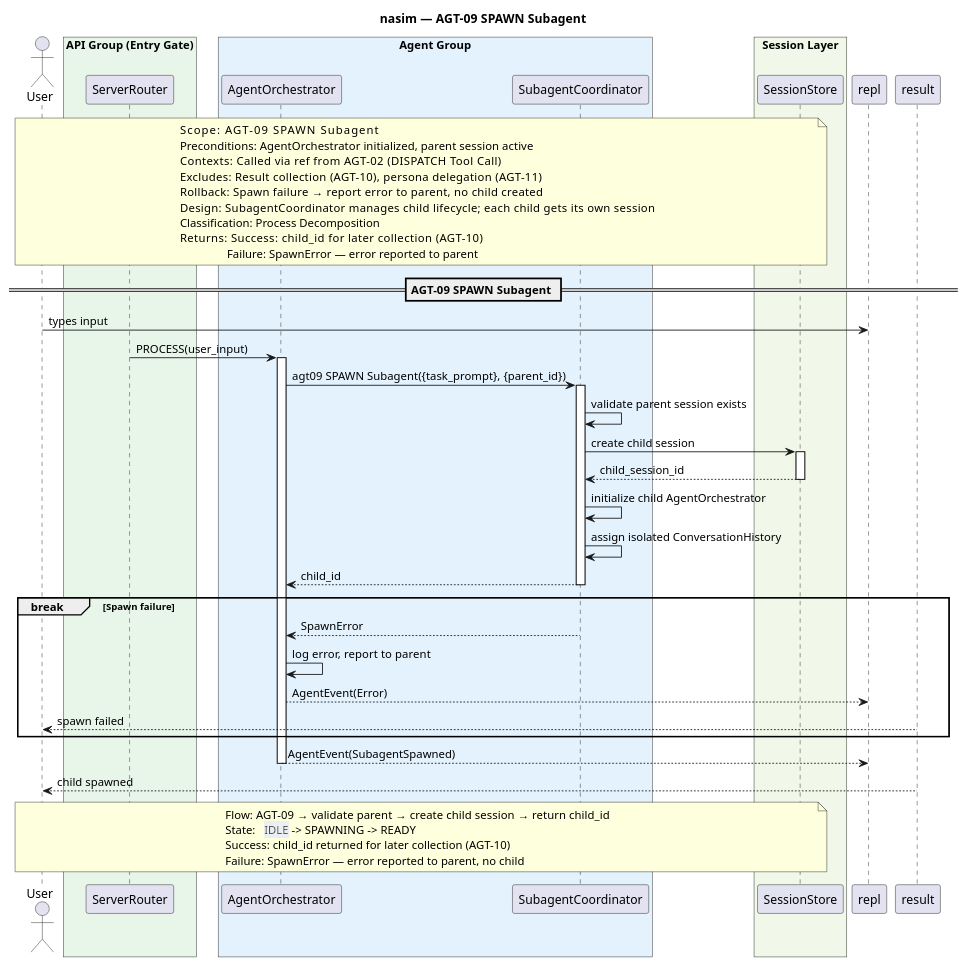
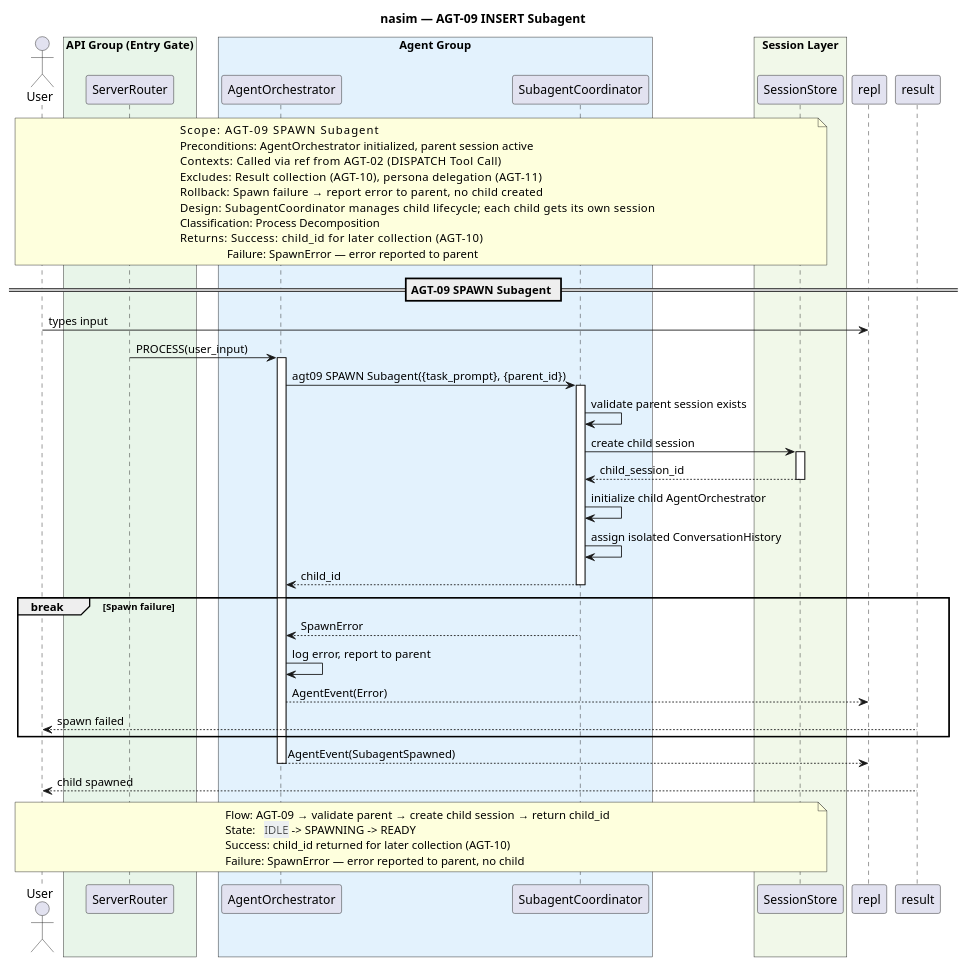
Before and after one commit to salimnamvar/nasim: the diagram in docs/SQ/AGT/sq_agt09_spawn_subagent.puml, drawn with PlantUML. The commit also changed 113 other files, not shown here.

First line of the commit message:
docs: Refactor sequence diagrams for improved clarity and structure

```diff
--- a/docs/SQ/AGT/sq_agt09_spawn_subagent.puml
+++ b/docs/SQ/AGT/sq_agt09_spawn_subagent.puml
@@ -1,77 +1,77 @@
 @startuml sq_agt09_spawn_subagent
 ' ============================================================
 ' Title:     AGT-09 — SPAWN Subagent
 ' Boundary:  nasim code agent
 ' Purpose:   Delegate work to a child agent process
 ' Milestone: v1.0
 ' Version:   8.0.0
 ' Source:    CAR refinement loop — API-First transformation
 ' Review:    docs/SQ/README.md
 ' ============================================================
 
-title nasim — AGT-09 SPAWN Subagent
+title nasim — AGT-09 INSERT Subagent
 
 actor "User" as user
 
 box "API Group (Entry Gate)" #E8F5E9
   participant "ServerRouter" as router
 end box
 box "Agent Group" #E3F2FD
   participant "AgentOrchestrator" as agent
   participant "SubagentCoordinator" as coord
 end box
 box "Session Layer" #F1F8E9
   participant "SessionStore" as store
 end box
 
 note over user, store
   Scope:          AGT-09 SPAWN Subagent
   Preconditions:  AgentOrchestrator initialized, parent session active
   Contexts:       Called via ref from AGT-02 (DISPATCH Tool Call)
   Excludes:       Result collection (AGT-10), persona delegation (AGT-11)
   Rollback:       Spawn failure → report error to parent, no child created
   Design:         SubagentCoordinator manages child lifecycle; each child gets its own session
   Classification: Process Decomposition
   Returns:        Success: child_id for later collection (AGT-10)
                   Failure: SpawnError — error reported to parent
 end note
 
 == AGT-09 SPAWN Subagent ==
 
 user -> repl : types input
 router -> agent : PROCESS(user_input)
 activate agent
 
 agent -> coord : agt09 SPAWN Subagent({task_prompt}, {parent_id})
 activate coord
 
 coord -> coord : validate parent session exists
 coord -> store : create child session
 activate store
 store --> coord : child_session_id
 deactivate store
 
 coord -> coord : initialize child AgentOrchestrator
 coord -> coord : assign isolated ConversationHistory
 coord --> agent : child_id
 deactivate coord
 
 break Spawn failure
     coord --> agent : SpawnError
     agent -> agent : log error, report to parent
     agent --> repl : AgentEvent(Error)
     result --> user : spawn failed
 end
 
 agent --> repl : AgentEvent(SubagentSpawned)
 deactivate agent
 result --> user : child spawned
 
 note over user, store
   Flow:    AGT-09 → validate parent → create child session → return child_id
   State:   <back:#ECEFF1>IDLE</back> -> SPAWNING -> READY
   Success: child_id returned for later collection (AGT-10)
   Failure: SpawnError — error reported to parent, no child
 end note
 
 @enduml
```
